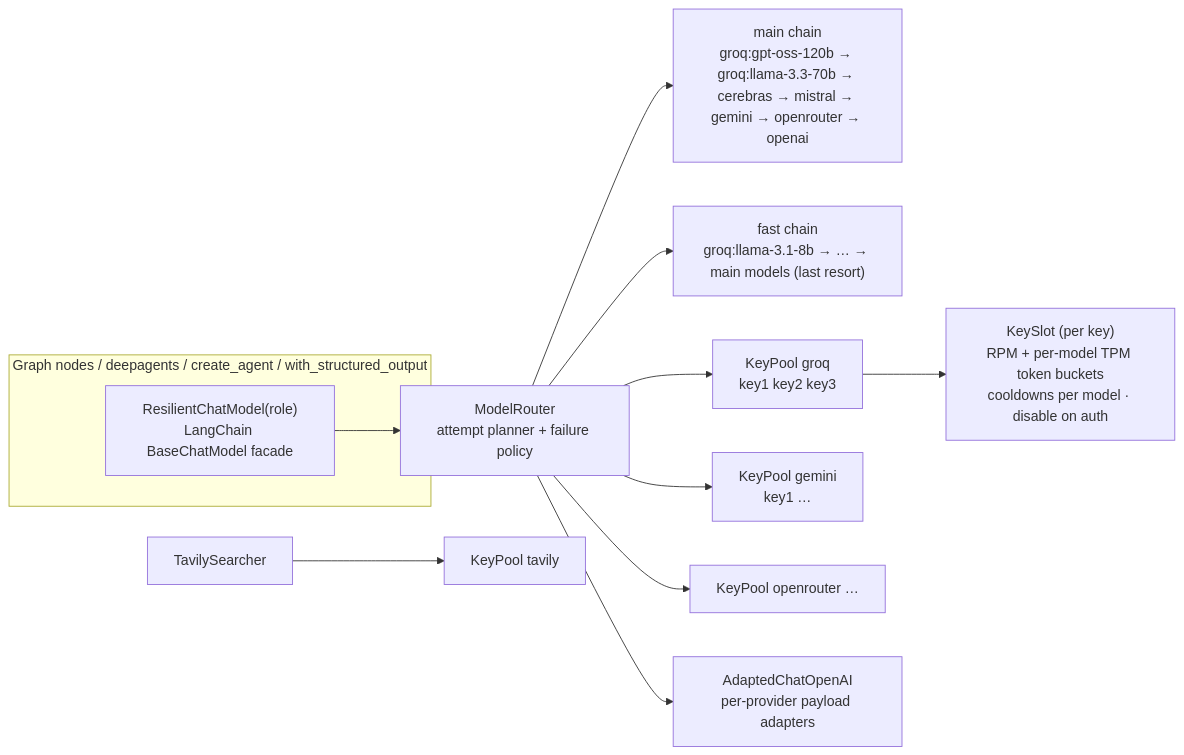
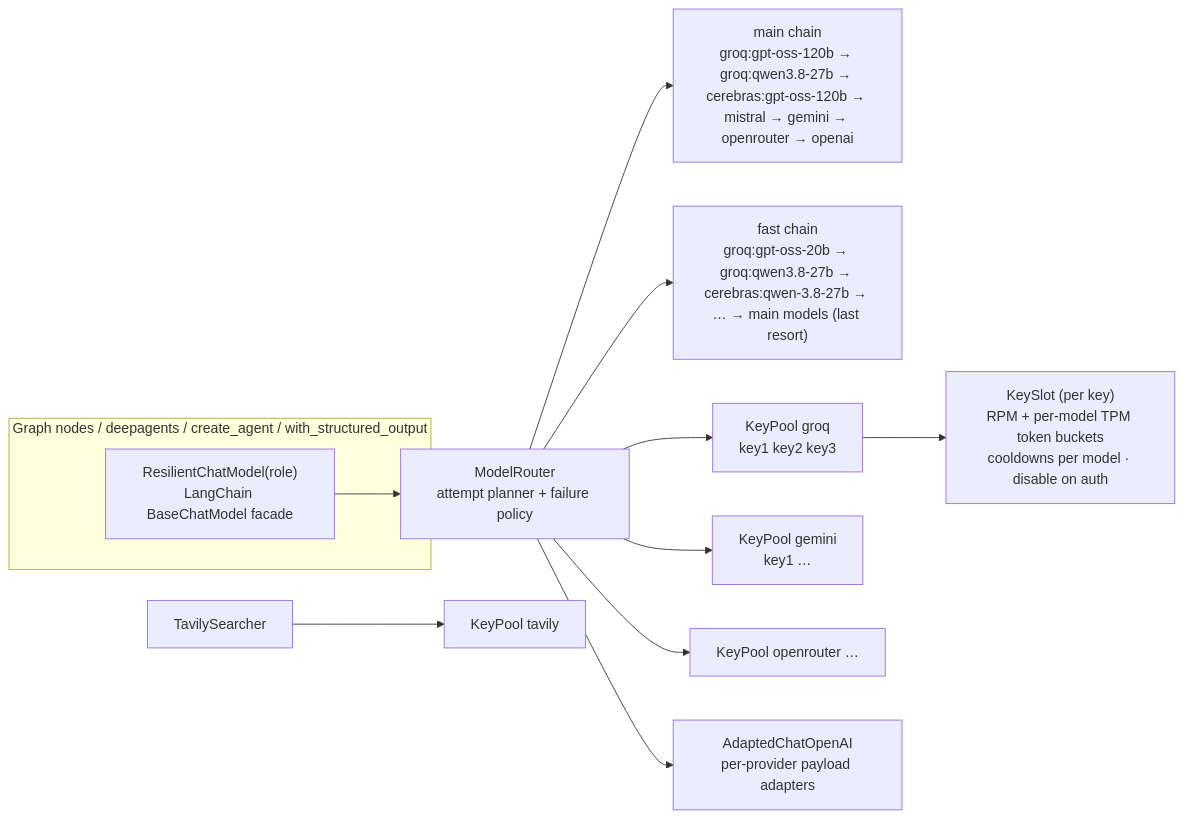
One commit to YashMittal1503/ReAct-Search-Agent changed the third of 3 diagrams in README.md. Above: the diagram before and after it, drawn with Mermaid. The commit also changed other lines of this file and 6 other files, not shown here.

````diff
--- a/README.md
+++ b/README.md
@@ -246,15 +246,15 @@
 ```mermaid
 flowchart LR
     subgraph Nodes["Graph nodes / deepagents / create_agent / with_structured_output"]
         RCM["ResilientChatModel(role)<br/>LangChain BaseChatModel facade"]
     end
     RCM --> R["ModelRouter<br/>attempt planner + failure policy"]
-    R --> C1["main chain<br/>groq:gpt-oss-120b → groq:llama-3.3-70b → cerebras → mistral → gemini → openrouter → openai"]
-    R --> C2["fast chain<br/>groq:llama-3.1-8b → … → main models (last resort)"]
+    R --> C1["main chain<br/>groq:gpt-oss-120b → groq:qwen3.8-27b → cerebras:gpt-oss-120b → mistral → gemini → openrouter → openai"]
+    R --> C2["fast chain<br/>groq:gpt-oss-20b → groq:qwen3.8-27b → cerebras:qwen-3.8-27b → … → main models (last resort)"]
     R --> P1["KeyPool groq<br/>key1 key2 key3"]
     R --> P2["KeyPool gemini<br/>key1 …"]
     R --> P3["KeyPool openrouter …"]
     P1 --> S["KeySlot (per key)<br/>RPM + per-model TPM token buckets<br/>cooldowns per model · disable on auth"]
     R --> A["AdaptedChatOpenAI<br/>per-provider payload adapters"]
     T["TavilySearcher"] --> PT["KeyPool tavily"]
 ```
````
